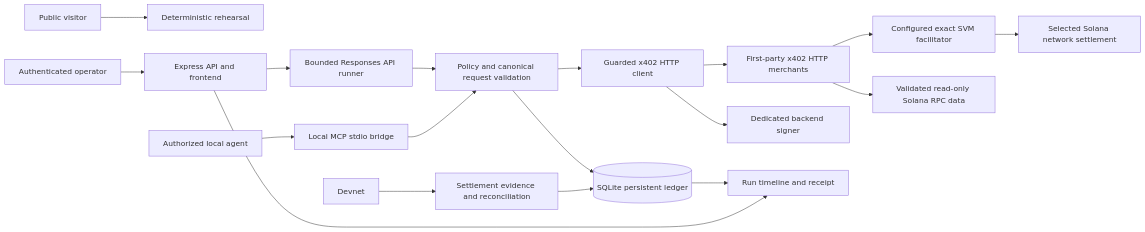
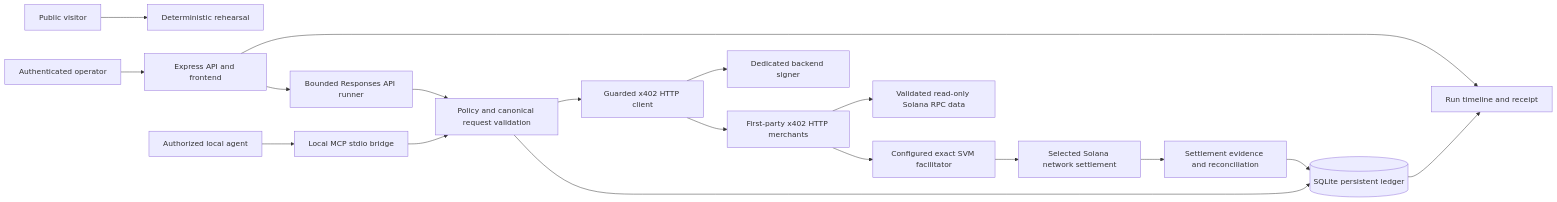
Before and after one commit to operatoruplift/allowance: the first of 2 diagrams in docs/architecture.md, drawn with Mermaid. The commit also changed other lines of this file and 115 other files, not shown here.

````diff
--- a/docs/architecture.md
+++ b/docs/architecture.md
@@ -5,20 +5,20 @@
 ```mermaid
 flowchart LR
   Public[Public visitor] --> Demo[Deterministic rehearsal]
   Operator[Authenticated operator] --> Express[Express API and frontend]
   Express --> Runner[Bounded Responses API runner]
   Runner --> Guard[Policy and canonical request validation]
   Guard --> Ledger[(SQLite persistent ledger)]
   Guard --> Client[Guarded x402 HTTP client]
   Client --> Merchant[First-party x402 HTTP merchants]
   Client --> Signer[Dedicated backend signer]
   Merchant --> Facilitator[Configured exact SVM facilitator]
   Facilitator --> Chain[Selected Solana network settlement]
   Merchant --> Data[Validated read-only Solana RPC data]
-  Devnet --> Reconcile[Settlement evidence and reconciliation]
+  Chain --> Reconcile[Settlement evidence and reconciliation]
   Reconcile --> Ledger
   Ledger --> Receipt[Run timeline and receipt]
   Express --> Receipt
   External[Authorized local agent] --> MCP[Local MCP stdio bridge]
   MCP --> Guard
 ```
````
